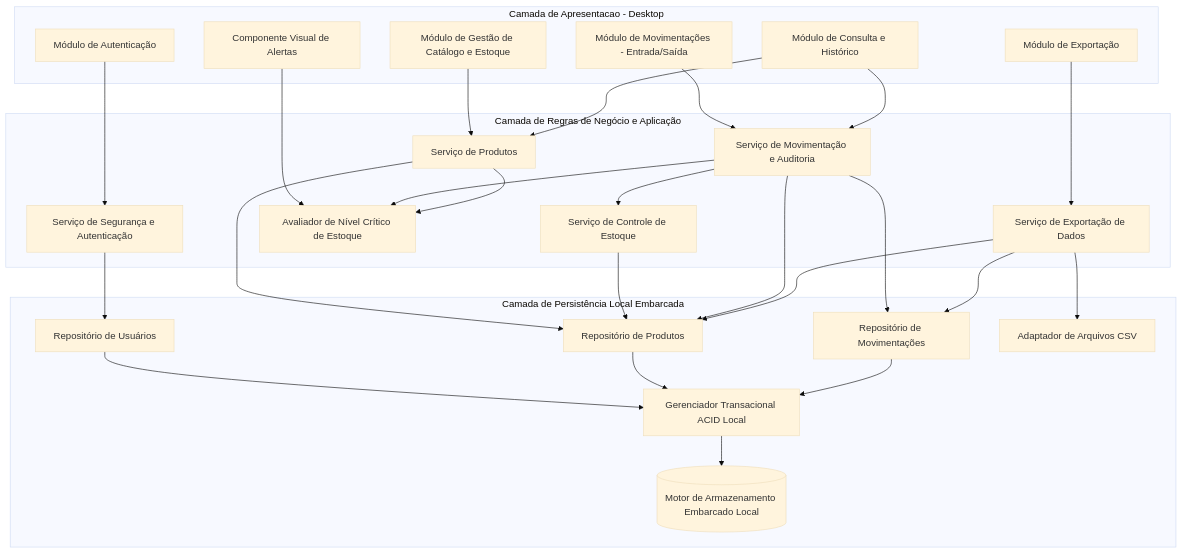
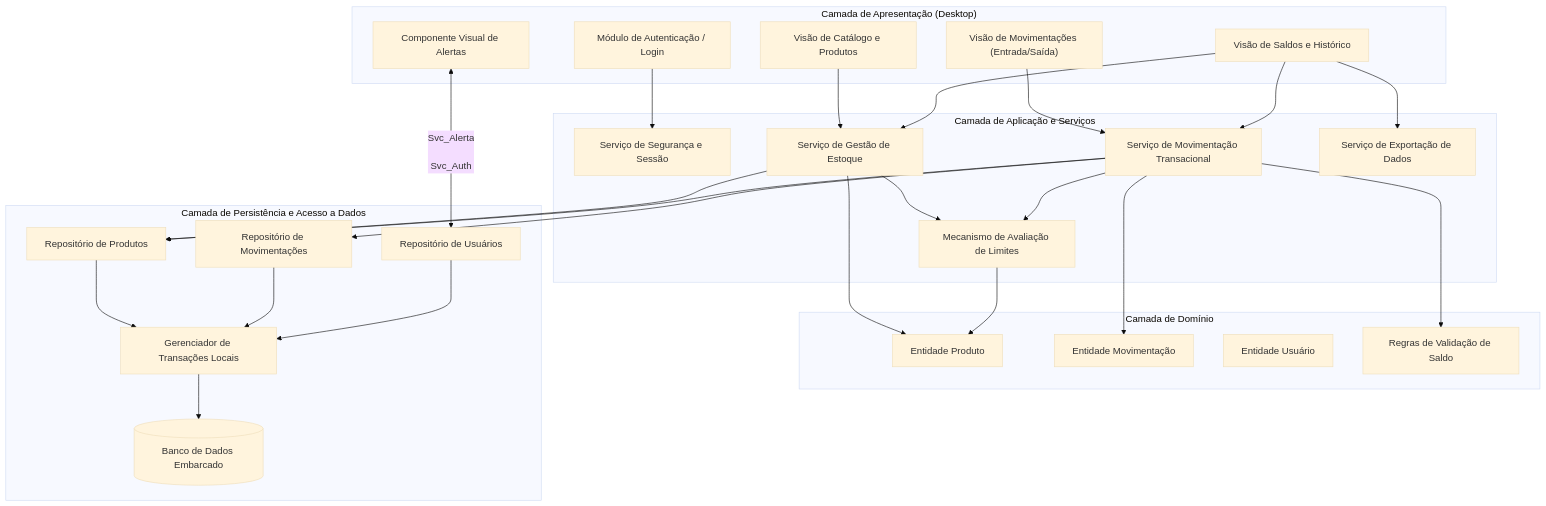
One commit to PDC-ESIA/AI4ES changed the first of 2 diagrams in docs/Time_2_Design/analise-qualitativa/outputs/relatorio_gemini_3_7_flash_P03.md. Above: the diagram before and after it, drawn with Mermaid (base theme). The commit also changed other lines of this file and 107 other files, not shown here.

````diff
--- a/docs/Time_2_Design/analise-qualitativa/outputs/relatorio_gemini_3_7_flash_P03.md
+++ b/docs/Time_2_Design/analise-qualitativa/outputs/relatorio_gemini_3_7_flash_P03.md
@@ -22,55 +22,57 @@
 ```mermaid
-graph TD
-    subgraph Apresentacao[Camada de Apresentacao - Desktop]
-        UI_Auth[Módulo de Autenticação]
-        UI_Estoque[Módulo de Gestão de Catálogo e Estoque]
-        UI_Movimentacao[Módulo de Movimentações - Entrada/Saída]
-        UI_Historico[Módulo de Consulta e Histórico]
-        UI_Alerta[Componente Visual de Alertas]
-        UI_Export[Módulo de Exportação]
+flowchart TB
+    subgraph Apresentacao ["Camada de Apresentação (Desktop)"]
+        UI_Auth["Módulo de Autenticação / Login"]
+        UI_Catalogo["Visão de Catálogo e Produtos"]
+        UI_Movimentacao["Visão de Movimentações (Entrada/Saída)"]
+        UI_Consultas["Visão de Saldos e Histórico"]
+        UI_Alertas["Componente Visual de Alertas"]
     end
 
-    subgraph DominioAplicacao[Camada de Regras de Negócio e Aplicação]
-        Svc_Auth[Serviço de Segurança e Autenticação]
-        Svc_Produto[Serviço de Produtos]
-        Svc_Estoque[Serviço de Controle de Estoque]
-        Svc_Movimento[Serviço de Movimentação e Auditoria]
-        Svc_Alerta[Avaliador de Nível Crítico de Estoque]
-        Svc_Export[Serviço de Exportação de Dados]
+    subgraph Aplicacao ["Camada de Aplicação e Serviços"]
+        Svc_Auth["Serviço de Segurança e Sessão"]
+        Svc_Estoque["Serviço de Gestão de Estoque"]
+        Svc_Movimentacao["Serviço de Movimentação Transacional"]
+        Svc_Alerta["Mecanismo de Avaliação de Limites"]
+        Svc_Exportacao["Serviço de Exportação de Dados"]
     end
 
-    subgraph PersistenciaTransacional[Camada de Persistência Local Embarcada]
-        Repo_Usuario[Repositório de Usuários]
-        Repo_Produto[Repositório de Produtos]
-        Repo_Movimento[Repositório de Movimentações]
-        TransManager[Gerenciador Transacional ACID Local]
-        StorageEngine[(Motor de Armazenamento Embarcado Local)]
-        FileExporter[Adaptador de Arquivos CSV]
+    subgraph Dominio ["Camada de Domínio"]
+        Ent_Produto["Entidade Produto"]
+        Ent_Movimento["Entidade Movimentação"]
+        Ent_Usuario["Entidade Usuário"]
+        Regra_Validacao["Regras de Validação de Saldo"]
+    end
+
+    subgraph Persistencia ["Camada de Persistência e Acesso a Dados"]
+        Repo_Produto["Repositório de Produtos"]
+        Repo_Movimento["Repositório de Movimentações"]
+        Repo_Usuario["Repositório de Usuários"]
+        Engine_Transacional["Gerenciador de Transações Locais"]
+        DB_Embarcado[("Banco de Dados Embarcado")]
     end
 
     UI_Auth --> Svc_Auth
-    UI_Estoque --> Svc_Produto
-    UI_Movimentacao --> Svc_Movimento
-    UI_Historico --> Svc_Movimento
-    UI_Historico --> Svc_Produto
-    UI_Alerta --> Svc_Alerta
-    UI_Export --> Svc_Export
-
-    Svc_Movimento --> Svc_Estoque
-    Svc_Movimento --> Svc_Alerta
-    Svc_Produto --> Svc_Alerta
+    UI_Catalogo --> Svc_Estoque
+    UI_Movimentacao --> Svc_Movimentacao
+    UI_Consultas --> Svc_Estoque
+    UI_Consultas --> Svc_Movimentacao
+    UI_Consultas --> Svc_Exportacao
+    UI_Alertas <-- Svc_Alerta
 
     Svc_Auth --> Repo_Usuario
-    Svc_Produto --> Repo_Produto
+    Svc_Estoque --> Ent_Produto
     Svc_Estoque --> Repo_Produto
-    Svc_Movimento --> Repo_Movimento
-    Svc_Movimento --> Repo_Produto
-    Svc_Export --> Repo_Produto
-    Svc_Export --> Repo_Movimento
-    Svc_Export --> FileExporter
+    Svc_Estoque --> Svc_Alerta
+    Svc_Movimentacao --> Regra_Validacao
+    Svc_Movimentacao --> Ent_Movimento
+    Svc_Movimentacao --> Repo_Movimento
+    Svc_Movimentacao --> Repo_Produto
+    Svc_Movimentacao --> Svc_Alerta
+    Svc_Alerta --> Ent_Produto
 
-    Repo_Usuario --> TransManager
-    Repo_Produto --> TransManager
-    Repo_Movimento --> TransManager
-    TransManager --> StorageEngine
+    Repo_Produto --> Engine_Transacional
+    Repo_Movimento --> Engine_Transacional
+    Repo_Usuario --> Engine_Transacional
+    Engine_Transacional --> DB_Embarcado
 ```
````
